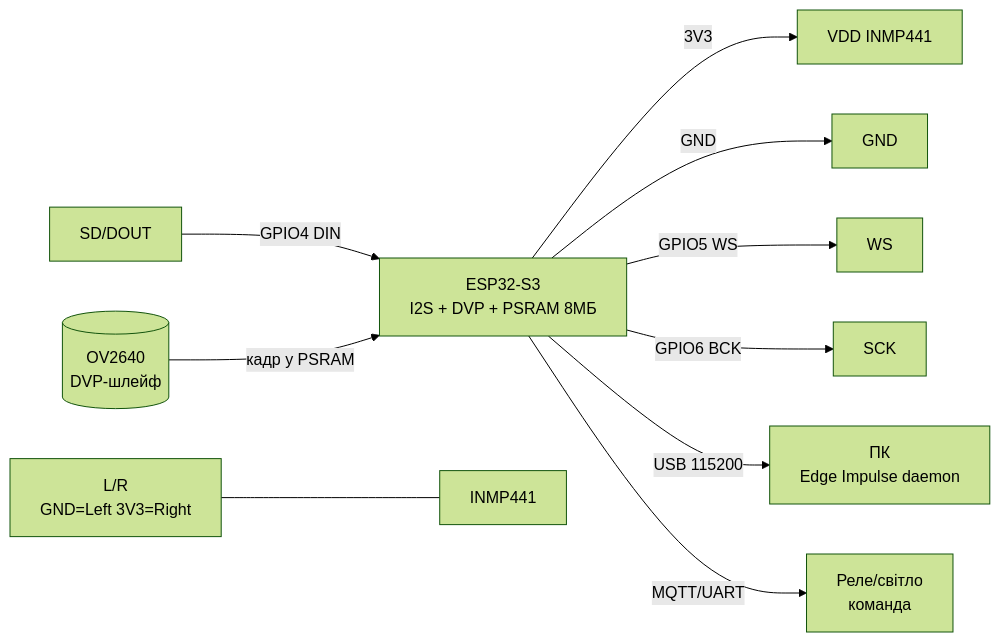
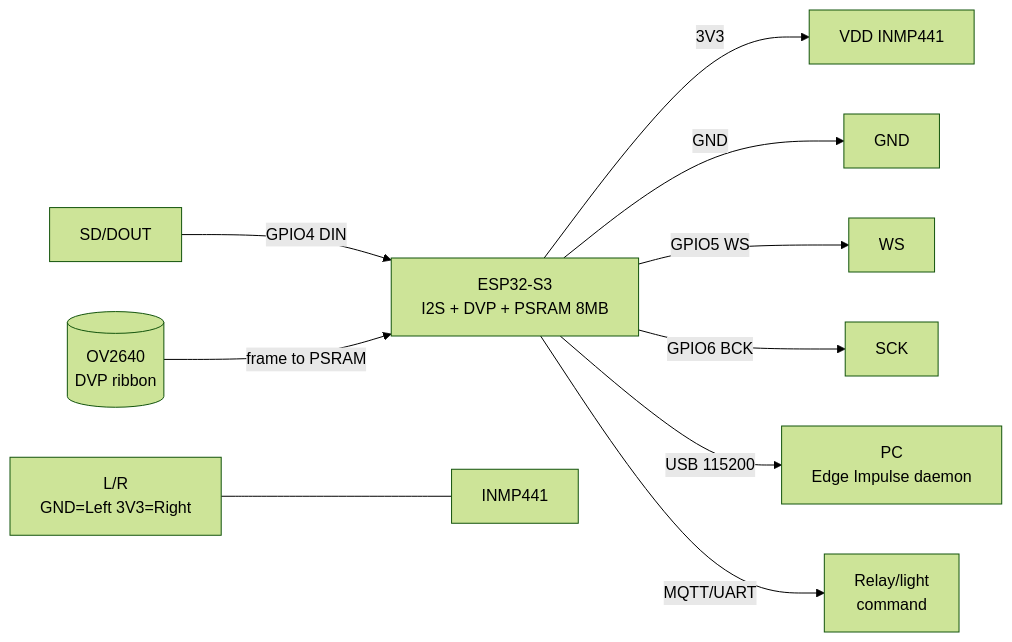
The diagram in obsidian_vault/ESP32-Reference/EN/12-Comm-Modules/11-TinyML-Voice.en.md (ksalab/embedded-reference), drawn with Mermaid (forest theme) before and after one commit. The commit also changed other lines of this file and 76 other files, not shown here.

````diff
--- a/obsidian_vault/ESP32-Reference/EN/12-Comm-Modules/11-TinyML-Voice.en.md
+++ b/obsidian_vault/ESP32-Reference/EN/12-Comm-Modules/11-TinyML-Voice.en.md
@@ -153,12 +153,12 @@
 ```mermaid
 graph LR
-    ESP32[ESP32-S3<br/>I2S + DVP + PSRAM 8МБ] -->|3V3| VDD[VDD INMP441]
+    ESP32[ESP32-S3<br/>I2S + DVP + PSRAM 8MB] -->|3V3| VDD[VDD INMP441]
     ESP32 -->|GND| GNDM[GND]
     SD[SD/DOUT] -->|GPIO4 DIN| ESP32
     ESP32 -->|GPIO5 WS| WS[WS]
     ESP32 -->|GPIO6 BCK| SCK[SCK]
     LR[L/R<br/>GND=Left 3V3=Right] --- MIC[INMP441]
-    CAM[(OV2640<br/>DVP-шлейф)] -->|кадр у PSRAM| ESP32
-    ESP32 -->|USB 115200| PC[ПК<br/>Edge Impulse daemon]
-    ESP32 -->|MQTT/UART| ACT[Реле/світло<br/>команда]
+    CAM[(OV2640<br/>DVP ribbon)] -->|frame to PSRAM| ESP32
+    ESP32 -->|USB 115200| PC[PC<br/>Edge Impulse daemon]
+    ESP32 -->|MQTT/UART| ACT[Relay/light<br/>command]
 ```
````
